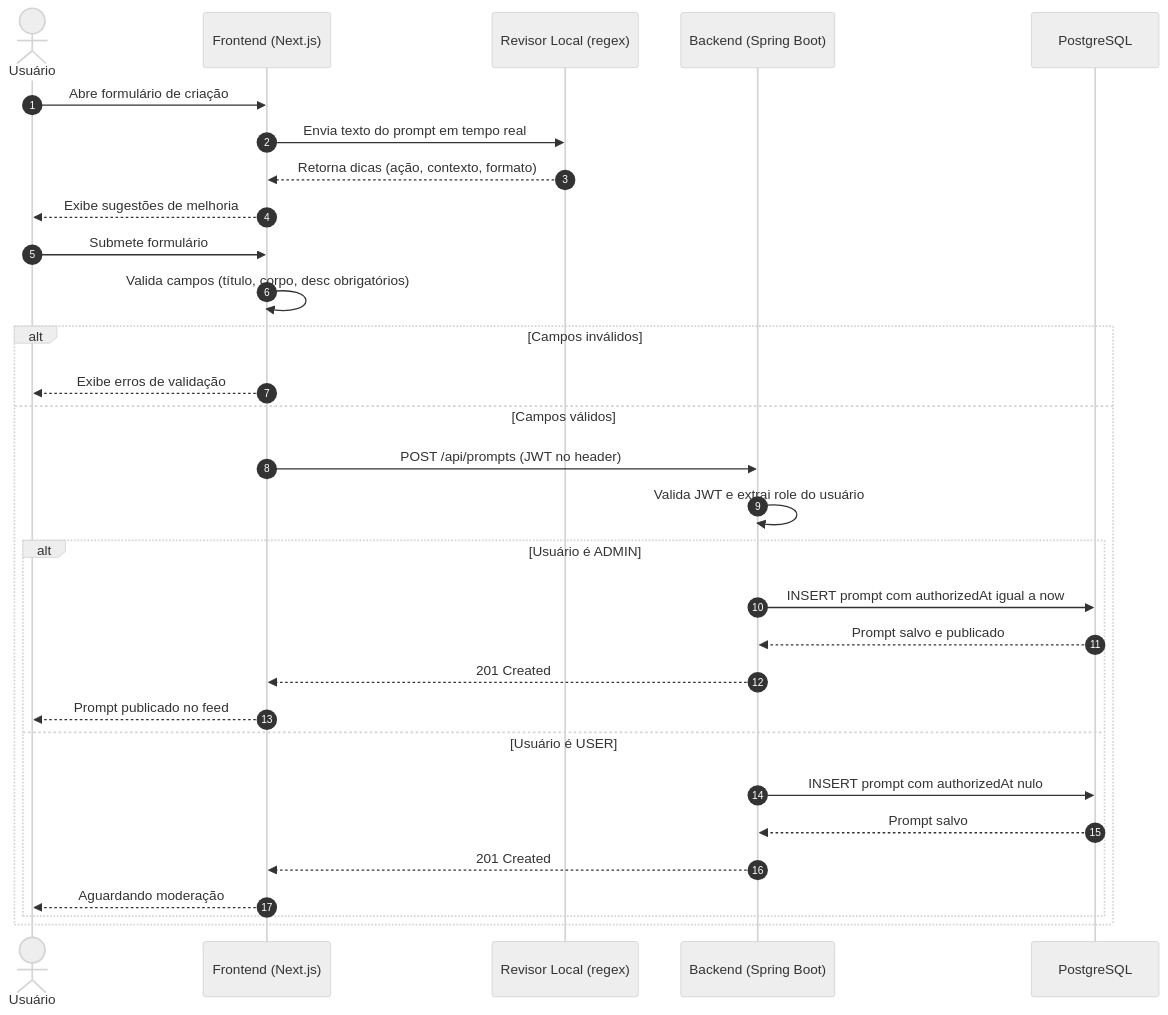
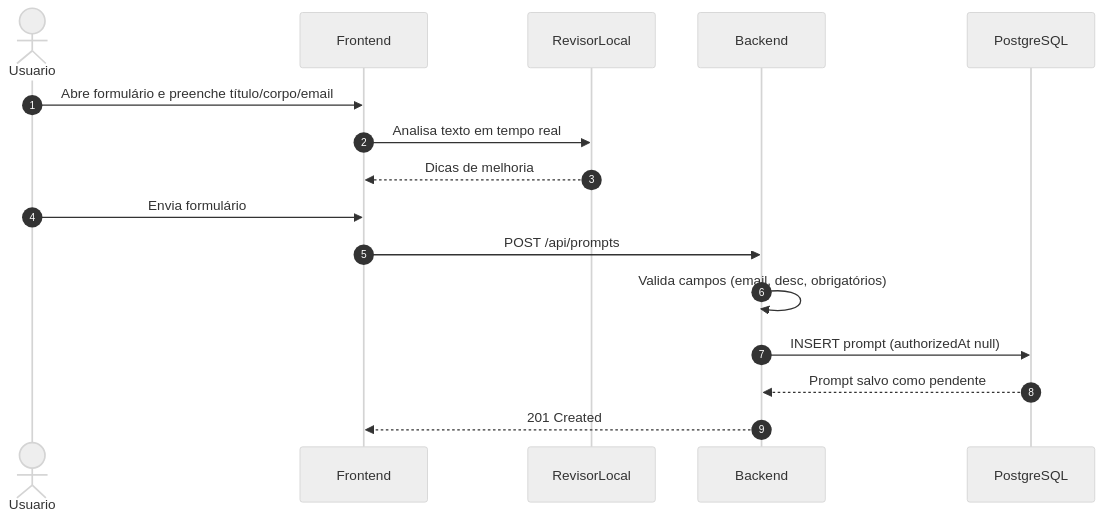
One commit to nataliarosa88/marketplace-de-prompts changed the fifth of 10 diagrams in README.md. Above: the diagram before and after it, drawn with Mermaid (neutral theme). The commit also changed other lines of this file and 31 other files, not shown here.

First line of the commit message:
Remove auth flow and switch admin to secret URL.

````diff
--- a/README.md
+++ b/README.md
@@ -237,36 +170,19 @@
 ```mermaid
 sequenceDiagram
     autonumber
-    actor U as Usuário
-    participant FE as Frontend (Next.js)
-    participant REV as Revisor Local (regex)
-    participant BE as Backend (Spring Boot)
+    actor U as Usuario
+    participant FE as Frontend
+    participant REV as RevisorLocal
+    participant BE as Backend
     participant DB as PostgreSQL
 
-    U->>FE: Abre formulário de criação
-    FE->>REV: Envia texto do prompt em tempo real
-    REV-->>FE: Retorna dicas (ação, contexto, formato)
-    FE-->>U: Exibe sugestões de melhoria
-
-    U->>FE: Submete formulário
-    FE->>FE: Valida campos (título, corpo, desc obrigatórios)
-
-    alt Campos inválidos
-        FE-->>U: Exibe erros de validação
-    else Campos válidos
-        FE->>BE: POST /api/prompts (JWT no header)
-        BE->>BE: Valida JWT e extrai role do usuário
-
-        alt Usuário é ADMIN
-            BE->>DB: INSERT prompt com authorizedAt igual a now
-            DB-->>BE: Prompt salvo e publicado
-            BE-->>FE: 201 Created
-            FE-->>U: Prompt publicado no feed
-        else Usuário é USER
-            BE->>DB: INSERT prompt com authorizedAt nulo
-            DB-->>BE: Prompt salvo
-            BE-->>FE: 201 Created
-            FE-->>U: Aguardando moderação
-        end
-    end
+    U->>FE: Abre formulário e preenche título/corpo/email
+    FE->>REV: Analisa texto em tempo real
+    REV-->>FE: Dicas de melhoria
+    U->>FE: Envia formulário
+    FE->>BE: POST /api/prompts
+    BE->>BE: Valida campos (email, desc, obrigatórios)
+    BE->>DB: INSERT prompt (authorizedAt null)
+    DB-->>BE: Prompt salvo como pendente
+    BE-->>FE: 201 Created
 ```
````
